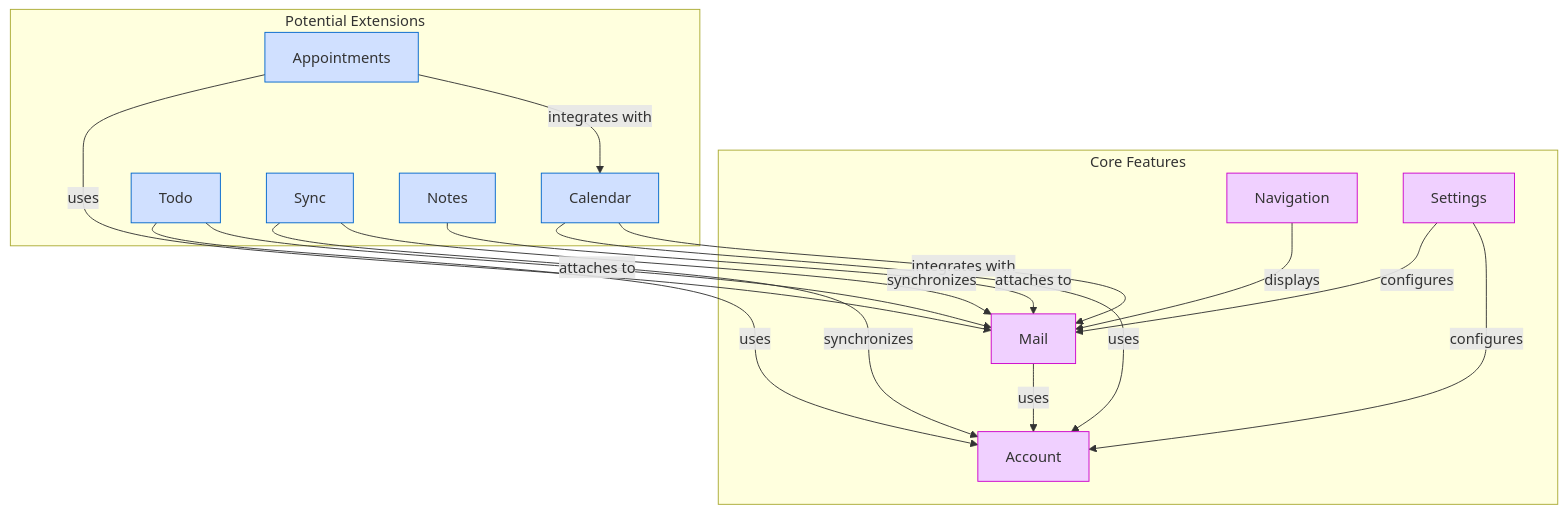
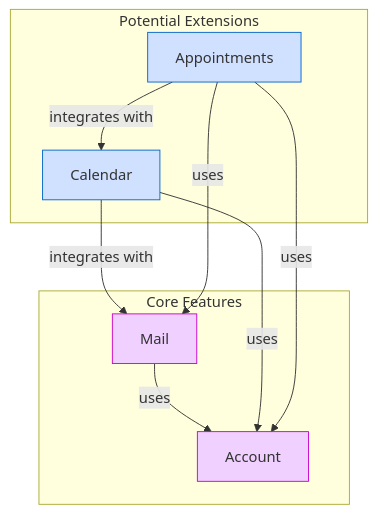
The second of 2 diagrams in docs/architecture/feature-modules.md (thunderbird/thunderbird-android), drawn with Mermaid before and after one commit. The commit also changed other lines of this file, not shown here.

Commit message:
docs(architecture): simplify the feature examples and diagram

````diff
--- a/docs/architecture/feature-modules.md
+++ b/docs/architecture/feature-modules.md
@@ -469,37 +424,25 @@
 ```mermaid
 graph TB
     subgraph CORE[Core Features]
         ACCOUNT[Account]
         MAIL[Mail]
-        NAVIGATION[Navigation]
-        SETTINGS[Settings]
     end
 
     subgraph EXTENSIONS[Potential Extensions]
         CALENDAR[Calendar]
-        TODO[Todo]
-        SYNC[Sync]
-        NOTES[Notes]
         APPOINTMENT[Appointments]
     end
 
     MAIL --> |uses| ACCOUNT
-    NAVIGATION --> |displays| MAIL
-    SETTINGS --> |configures| ACCOUNT
-    SETTINGS --> |configures| MAIL
 
     CALENDAR --> |integrates with| MAIL
     CALENDAR --> |uses| ACCOUNT
-    TODO --> |attaches to| MAIL
-    TODO --> |uses| ACCOUNT
-    SYNC --> |synchronizes| MAIL
-    SYNC --> |synchronizes| ACCOUNT
-    NOTES --> |attaches to| MAIL
+    APPOINTMENT --> |uses| ACCOUNT
     APPOINTMENT --> |integrates with| CALENDAR
     APPOINTMENT --> |uses| MAIL
 
     classDef core fill:#f0d0ff, stroke:#cc00cc
     classDef extension fill:#d0e0ff, stroke:#0066cc
     class ACCOUNT,MAIL,NAVIGATION,SETTINGS core
     class CALENDAR,TODO,SYNC,NOTES,APPOINTMENT extension
 ```
````
